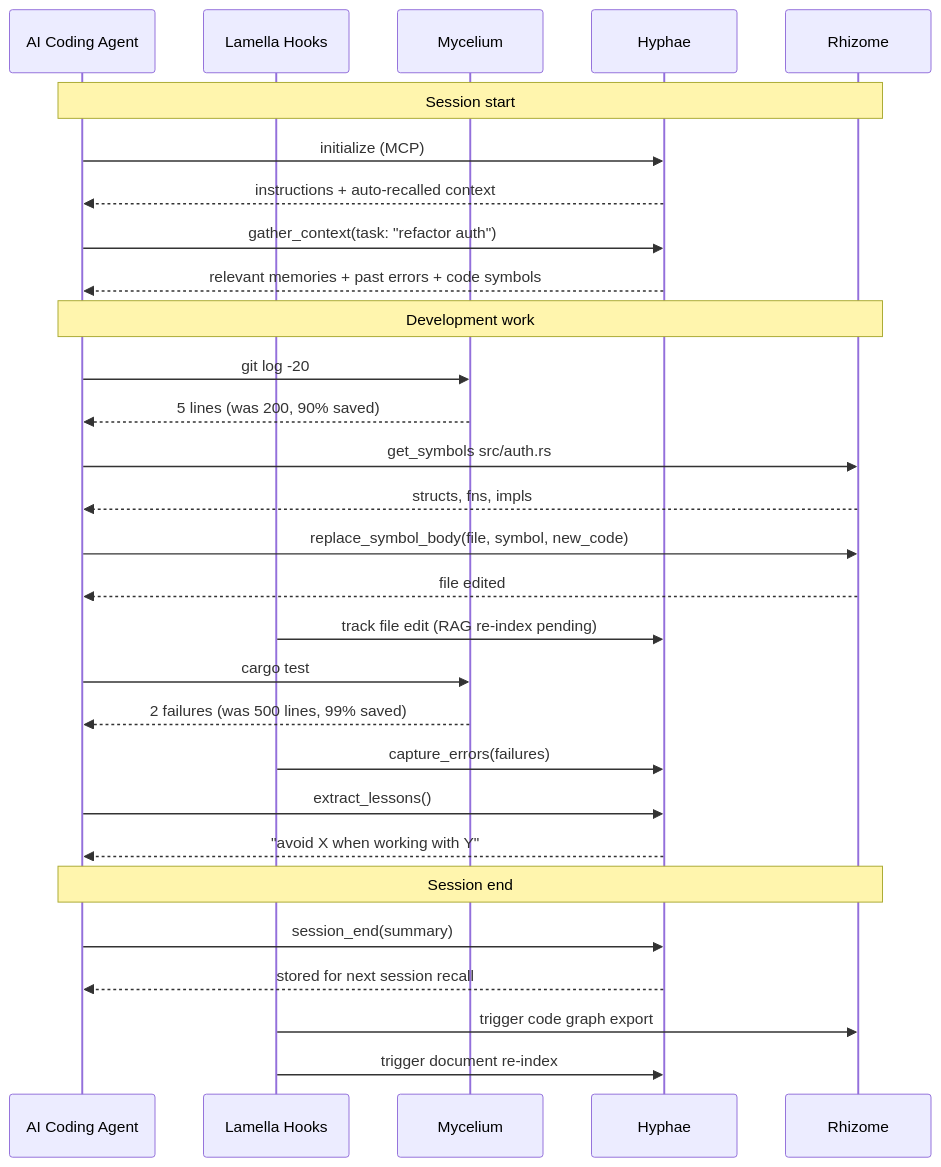
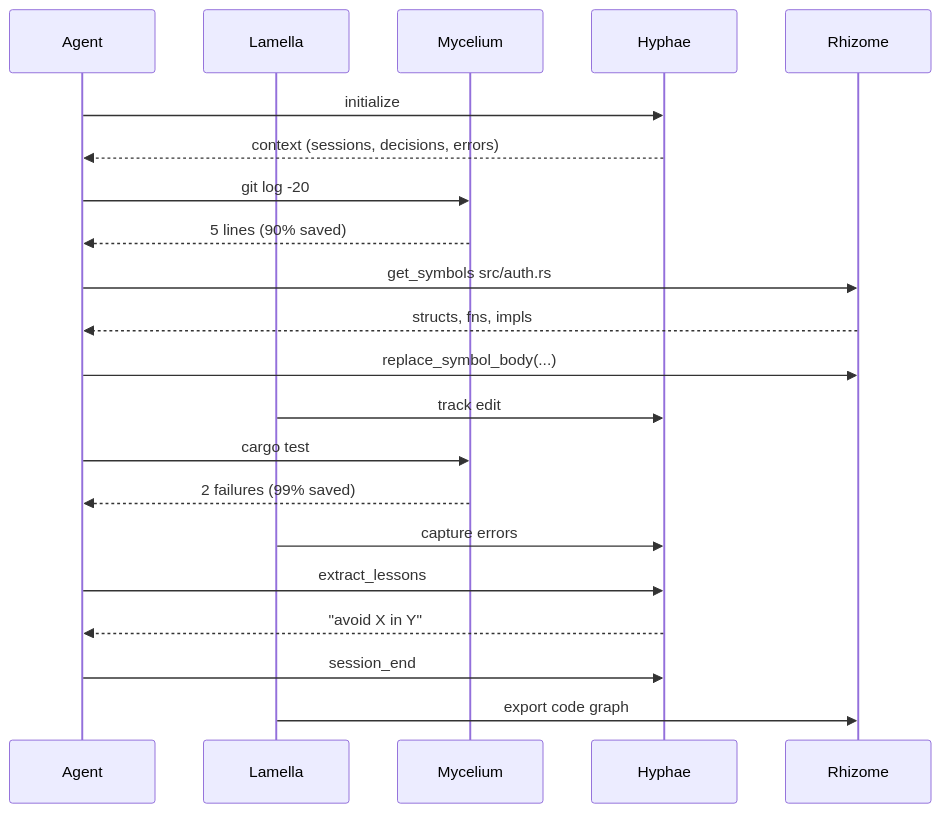
One commit to basidiocarp/.github changed the fourth of 4 diagrams in profile/README.md. Above: the diagram before and after it, drawn with Mermaid. The commit also changed other lines of this file, not shown here.

````diff
--- a/profile/README.md
+++ b/profile/README.md
@@ -264,42 +145,24 @@
 ```mermaid
 sequenceDiagram
-    participant Agent as AI Coding Agent
-    participant L as Lamella Hooks
+    participant A as Agent
+    participant L as Lamella
     participant M as Mycelium
     participant H as Hyphae
     participant R as Rhizome
 
-    Note over Agent,R: Session start
-
-    Agent->>H: initialize (MCP)
-    H-->>Agent: instructions + auto-recalled context
-
-    Agent->>H: gather_context(task: "refactor auth")
-    H-->>Agent: relevant memories + past errors + code symbols
-
-    Note over Agent,R: Development work
-
-    Agent->>M: git log -20
-    M-->>Agent: 5 lines (was 200, 90% saved)
-
-    Agent->>R: get_symbols src/auth.rs
-    R-->>Agent: structs, fns, impls
-
-    Agent->>R: replace_symbol_body(file, symbol, new_code)
-    R-->>Agent: file edited
-    L->>H: track file edit (RAG re-index pending)
-
-    Agent->>M: cargo test
-    M-->>Agent: 2 failures (was 500 lines, 99% saved)
-    L->>H: capture_errors(failures)
-
-    Agent->>H: extract_lessons()
-    H-->>Agent: "avoid X when working with Y"
-
-    Note over Agent,R: Session end
-
-    Agent->>H: session_end(summary)
-    H-->>Agent: stored for next session recall
-    L->>R: trigger code graph export
-    L->>H: trigger document re-index
+    A->>H: initialize
+    H-->>A: context (sessions, decisions, errors)
+    A->>M: git log -20
+    M-->>A: 5 lines (90% saved)
+    A->>R: get_symbols src/auth.rs
+    R-->>A: structs, fns, impls
+    A->>R: replace_symbol_body(...)
+    L->>H: track edit
+    A->>M: cargo test
+    M-->>A: 2 failures (99% saved)
+    L->>H: capture errors
+    A->>H: extract_lessons
+    H-->>A: "avoid X in Y"
+    A->>H: session_end
+    L->>R: export code graph
 ```
````
